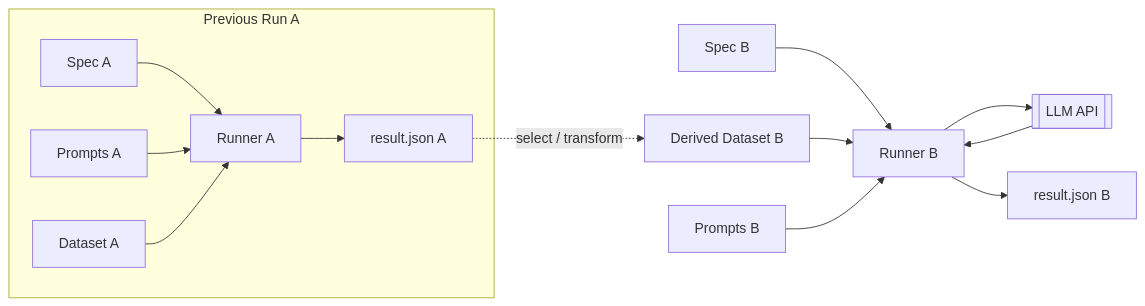
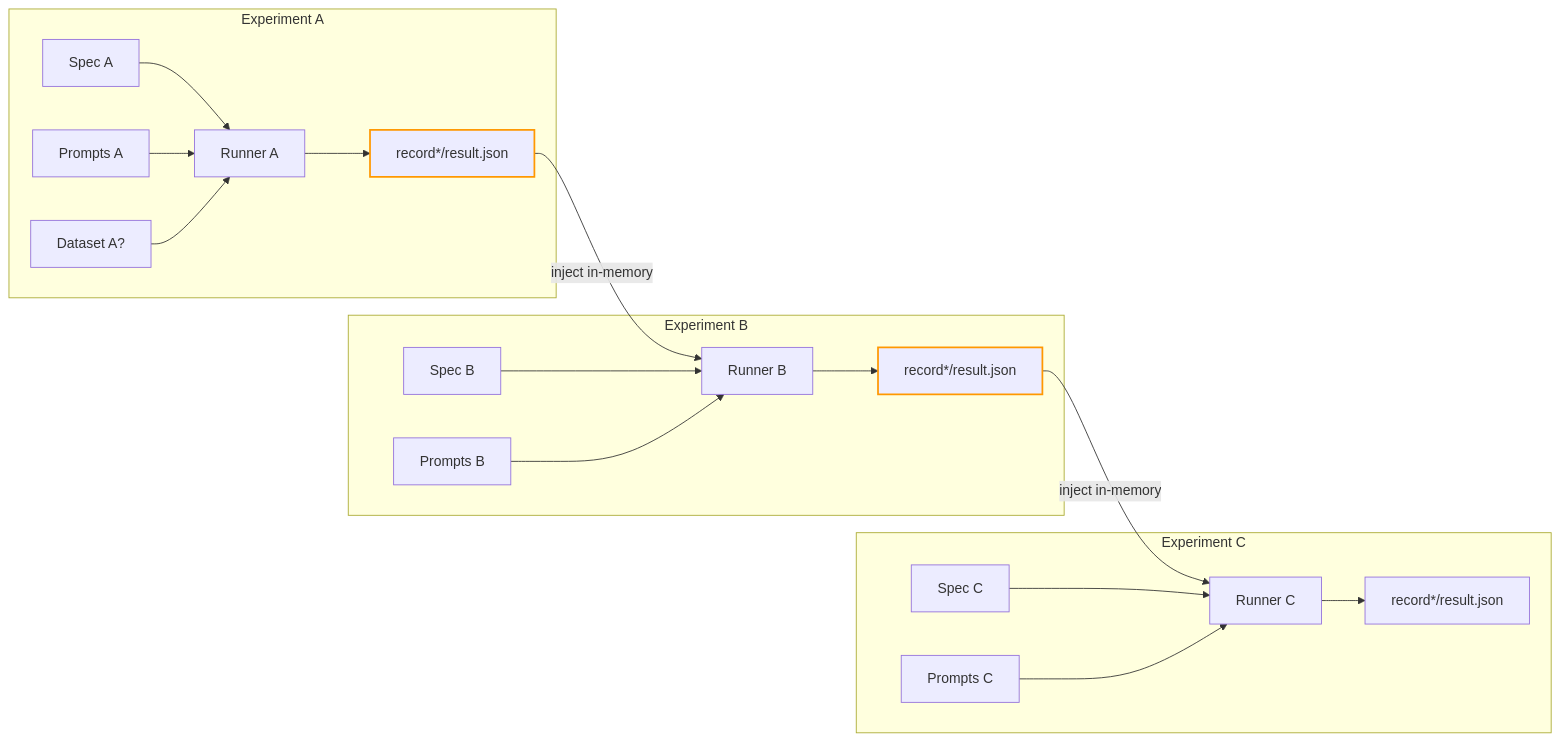
One commit to johnkozaris/ai-experiments-starter changed the second of 2 diagrams in README.md. Above: the diagram before and after it, drawn with Mermaid. The commit also changed other lines of this file and 18 other files, not shown here.

````diff
--- a/README.md
+++ b/README.md
@@ -54,15 +76,23 @@
 ```mermaid
 flowchart LR
-  AResult[result.json A] -. select / transform .-> BData[Derived Dataset B]
-  BSpec[Spec B] --> BRunner[Runner B]
-  BData --> BRunner
-  PromptsB[Prompts B] --> BRunner
-  BRunner --> LLM2[[LLM API]] --> BRunner
-  BRunner --> BResult[result.json B]
-  subgraph Previous Run A
+  subgraph RunA[Experiment A]
     ASpec[Spec A] --> ARunner[Runner A]
     APrompts[Prompts A] --> ARunner
-    ADataset[Dataset A] --> ARunner
-    ARunner --> AResult
+    ADataset[Dataset A?] --> ARunner
+    ARunner --> ARec[record*/result.json]
   end
+  ARec -- inject in-memory --> BRunner
+  subgraph RunB[Experiment B]
+    BSpec[Spec B] --> BRunner[Runner B]
+    BPrompts[Prompts B] --> BRunner
+    BRunner --> BRec[record*/result.json]
+  end
+  BRec -- inject in-memory --> CRunner
+  subgraph RunC[Experiment C]
+    CSpec[Spec C] --> CRunner[Runner C]
+    CPrompts[Prompts C] --> CRunner
+    CRunner --> CRec[record*/result.json]
+  end
+  classDef inj stroke:#ff9800,stroke-width:2px;
+  ARec:::inj; BRec:::inj;
 ```
````
